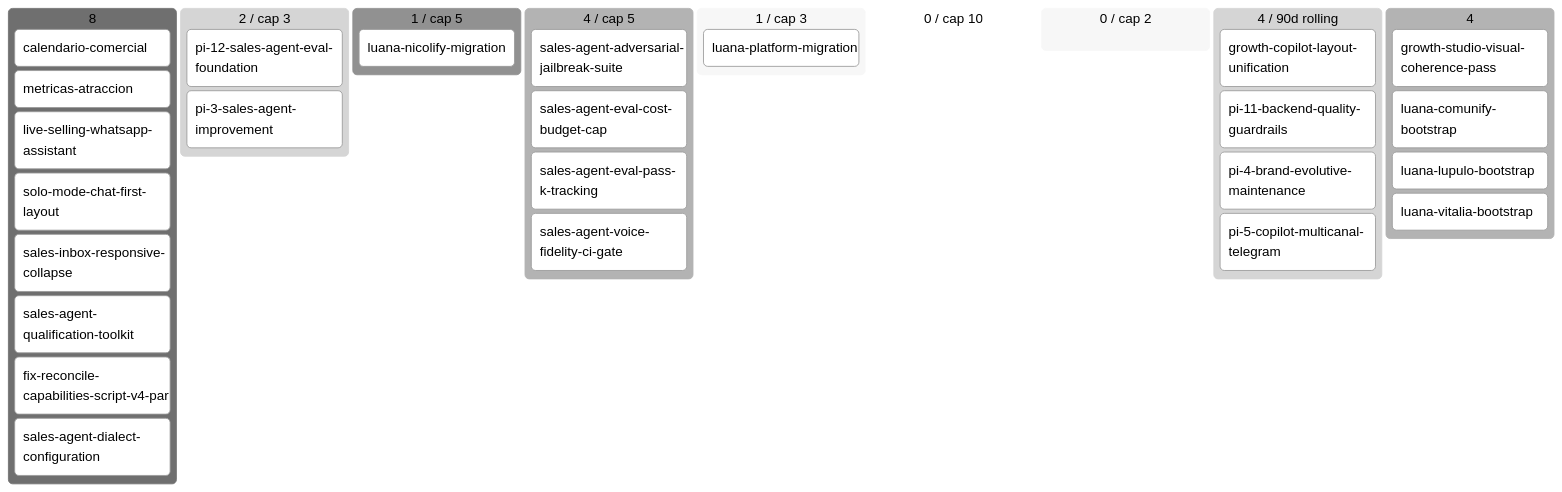
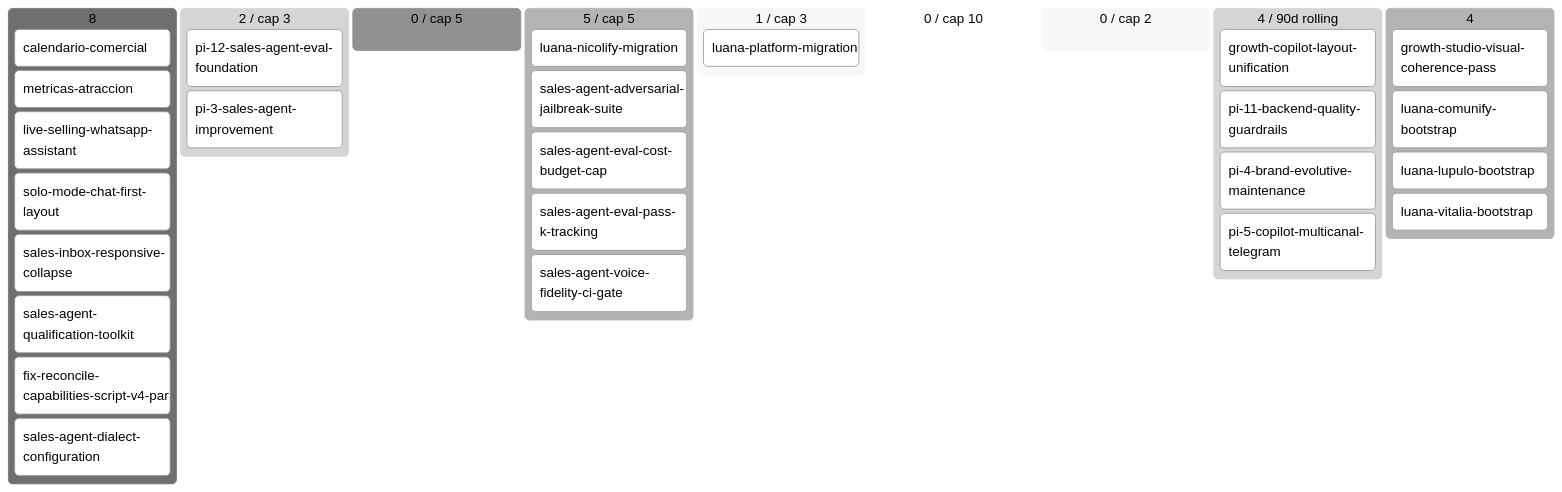
The diagram in docs/product/BACKLOG.md (alpacapurpura/ap_sales_agent), drawn with Mermaid (neutral theme) before and after one commit. The commit also changed other lines of this file and 8 other files, not shown here.

First line of the commit message:
docs(story-10): /architect Phase 1B closed — ready package complete (5 files)

````diff
--- a/docs/product/BACKLOG.md
+++ b/docs/product/BACKLOG.md
@@ -61,36 +62,36 @@
 ```mermaid
 kanban
   💡 Ideas (8)
     calendario-comercial[calendario-comercial]
     metricas-atraccion[metricas-atraccion]
     live-selling-whatsapp-assistan[live-selling-whatsapp-assistant]
     solo-mode-chat-first-layout[solo-mode-chat-first-layout]
     sales-inbox-responsive-collaps[sales-inbox-responsive-collapse]
     sales-agent-qualification-tool[sales-agent-qualification-toolkit]
     fix-reconcile-capabilities-scr[fix-reconcile-capabilities-script-v4-par]
     sales-agent-dialect-configurat[sales-agent-dialect-configuration]
   🔬 Refining (2 / cap 3)
     pi-12-sales-agent-eval-foundat[pi-12-sales-agent-eval-foundation]
     pi-3-sales-agent-improvement[pi-3-sales-agent-improvement]
-  ✅ Refined (1 / cap 5)
+  ✅ Refined (0 / cap 5)
+  📦 Ready (5 / cap 5)
     luana-nicolify-migration[luana-nicolify-migration]
-  📦 Ready (4 / cap 5)
     sales-agent-adversarial-jailbr[sales-agent-adversarial-jailbreak-suite]
     sales-agent-eval-cost-budget-c[sales-agent-eval-cost-budget-cap]
     sales-agent-eval-pass-k-tracki[sales-agent-eval-pass-k-tracking]
     sales-agent-voice-fidelity-ci-[sales-agent-voice-fidelity-ci-gate]
   🔨 Developing (1 / cap 3)
     luana-platform-migration[luana-platform-migration]
   🧪 Developed (0 / cap 10)
   🔍 Reviewing (0 / cap 2)
   ✅ Done (4 / 90d rolling)
     growth-copilot-layout-unificat[growth-copilot-layout-unification]
     pi-11-backend-quality-guardrai[pi-11-backend-quality-guardrails]
     pi-4-brand-evolutive-maintenan[pi-4-brand-evolutive-maintenance]
     pi-5-copilot-multicanal-telegr[pi-5-copilot-multicanal-telegram]
   🅿 Parked (4)
     growth-studio-visual-coherence[growth-studio-visual-coherence-pass]
     luana-comunify-bootstrap[luana-comunify-bootstrap]
     luana-lupulo-bootstrap[luana-lupulo-bootstrap]
     luana-vitalia-bootstrap[luana-vitalia-bootstrap]
 ```
````
